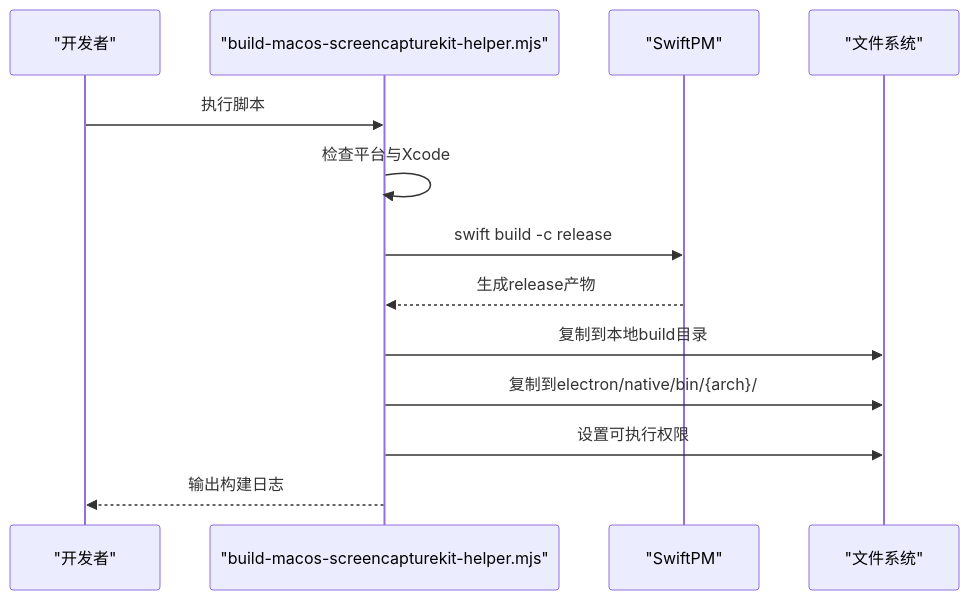
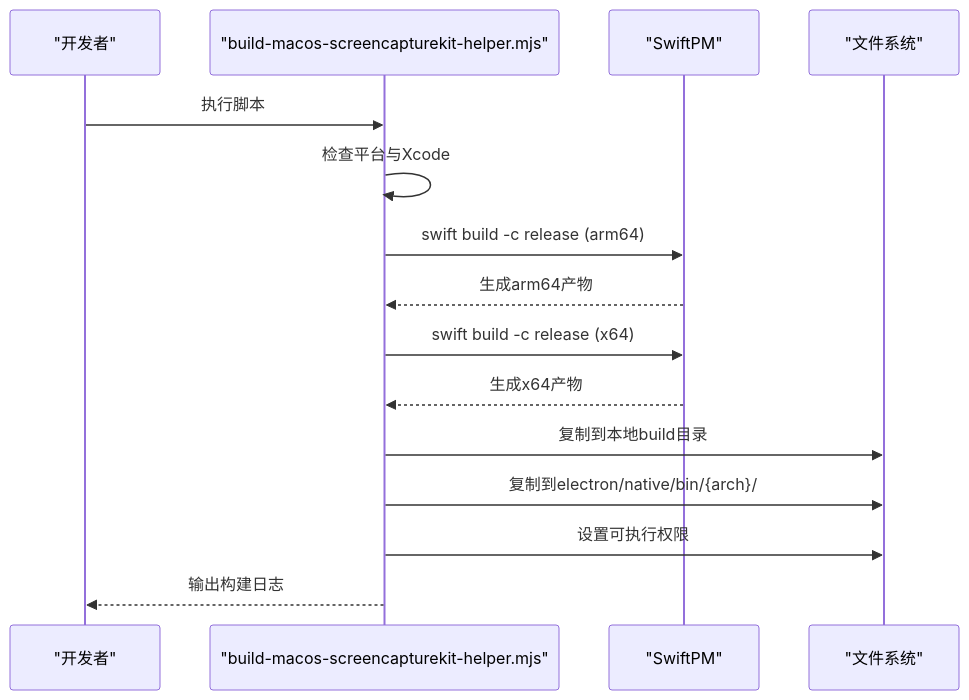
Before and after one commit to zhanggmin/openscreen: the sixth of 10 diagrams in .qoder/repowiki/zh/content/构建与部署.md, drawn with Mermaid. The commit also changed other lines of this file and 68 other files, not shown here.

Commit message:
开发图文编辑功能

````diff
--- a/.qoder/repowiki/zh/content/构建与部署.md
+++ b/.qoder/repowiki/zh/content/构建与部署.md
@@ -179,15 +257,17 @@
 ```mermaid
 sequenceDiagram
 participant Dev as "开发者"
 participant Script as "build-macos-screencapturekit-helper.mjs"
 participant Swift as "SwiftPM"
 participant FS as "文件系统"
 Dev->>Script : 执行脚本
 Script->>Script : 检查平台与Xcode
-Script->>Swift : swift build -c release
-Swift-->>Script : 生成release产物
+Script->>Swift : swift build -c release (arm64)
+Swift-->>Script : 生成arm64产物
+Script->>Swift : swift build -c release (x64)
+Swift-->>Script : 生成x64产物
 Script->>FS : 复制到本地build目录
 Script->>FS : 复制到electron/native/bin/{arch}/
 Script->>FS : 设置可执行权限
 Script-->>Dev : 输出构建日志
 ```
````
